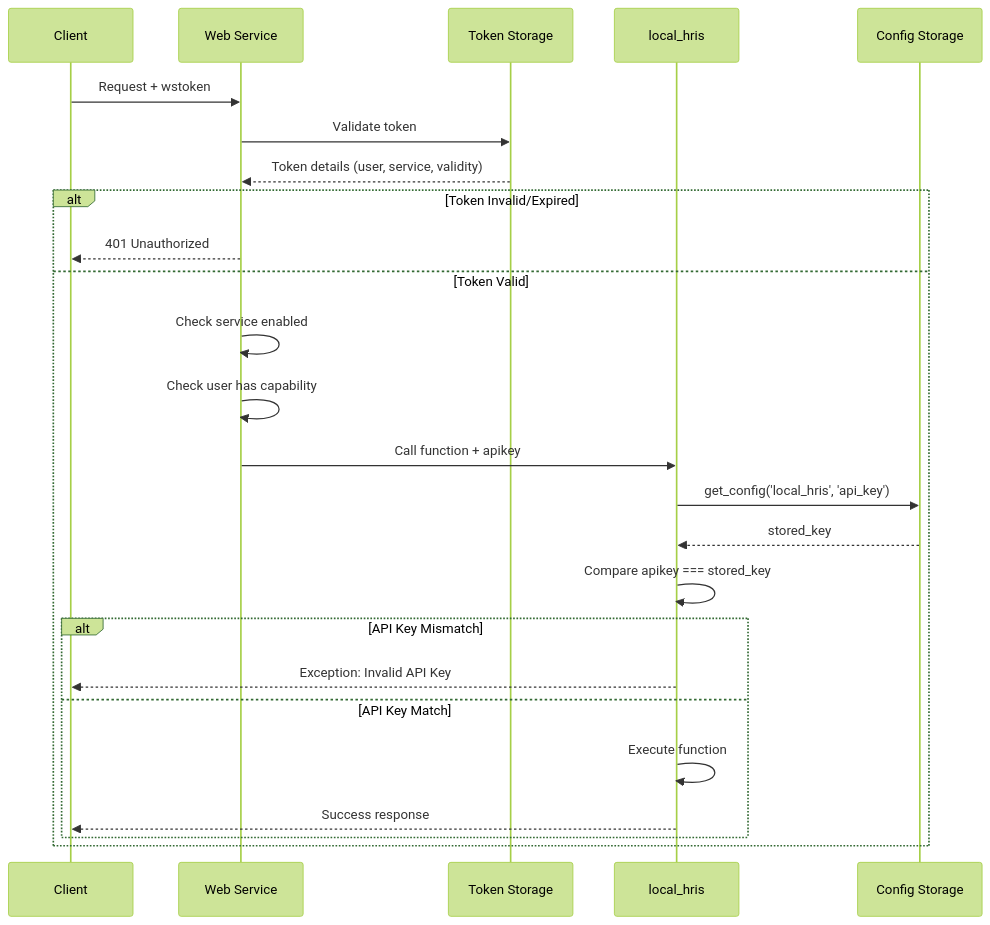
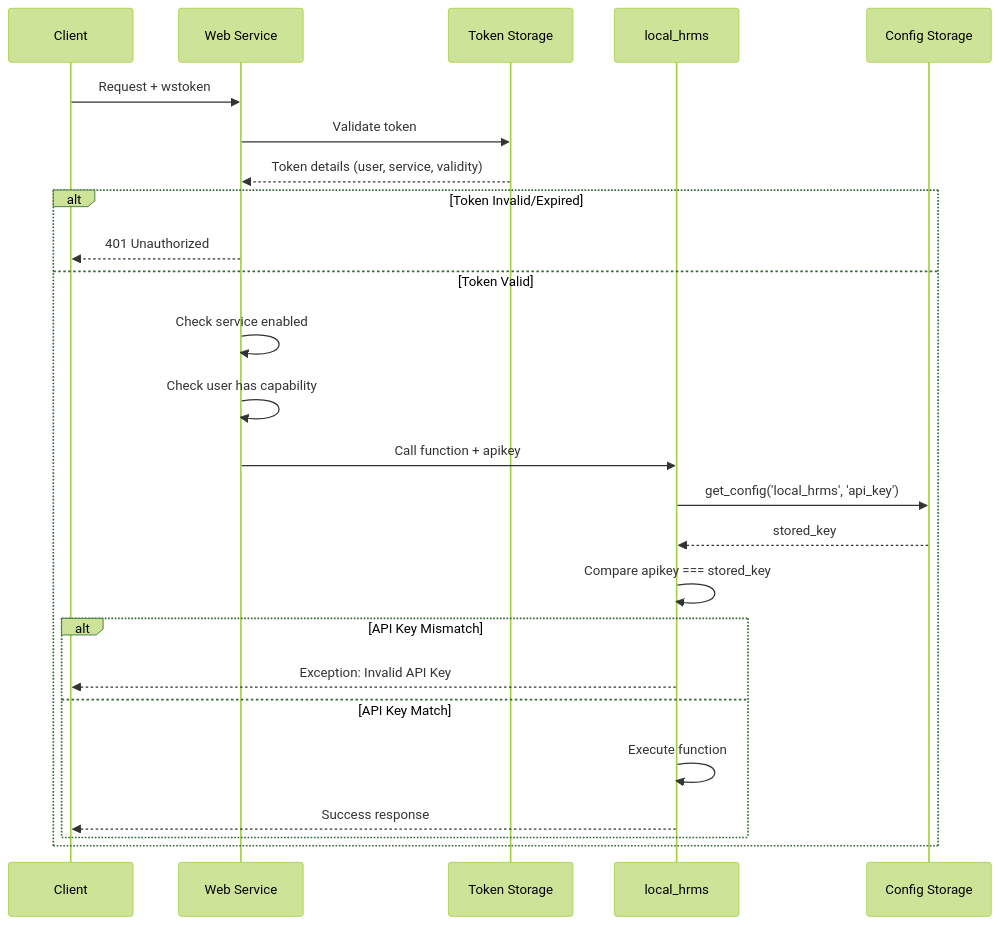
Before and after one commit to toosa/moodle-hrms: the sixth of 6 diagrams in DESIGN.md, drawn with Mermaid (forest theme). The commit also changed other lines of this file and 18 other files, not shown here.

First line of the commit message:
Refactor HRIS Integration to HRMS Integration

````diff
--- a/DESIGN.md
+++ b/DESIGN.md
@@ -798,34 +798,34 @@
 ```mermaid
 sequenceDiagram
     participant Client
     participant WS as Web Service
     participant TokenDB as Token Storage
-    participant API as local_hris
+    participant API as local_hrms
     participant ConfigDB as Config Storage
     
     Client->>WS: Request + wstoken
     
     WS->>TokenDB: Validate token
     TokenDB-->>WS: Token details (user, service, validity)
     
     alt Token Invalid/Expired
         WS-->>Client: 401 Unauthorized
     else Token Valid
         WS->>WS: Check service enabled
         WS->>WS: Check user has capability
         
         WS->>API: Call function + apikey
         
-        API->>ConfigDB: get_config('local_hris', 'api_key')
+        API->>ConfigDB: get_config('local_hrms', 'api_key')
         ConfigDB-->>API: stored_key
         
         API->>API: Compare apikey === stored_key
         
         alt API Key Mismatch
             API-->>Client: Exception: Invalid API Key
         else API Key Match
             API->>API: Execute function
             API-->>Client: Success response
         end
     end
 ```
````
